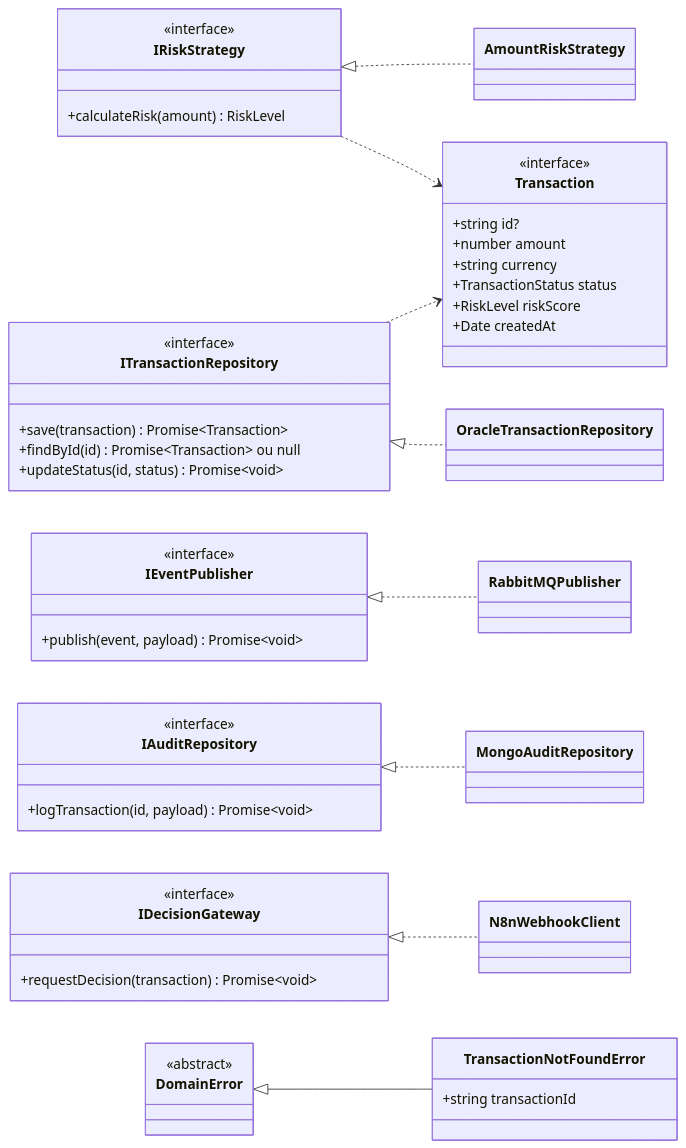
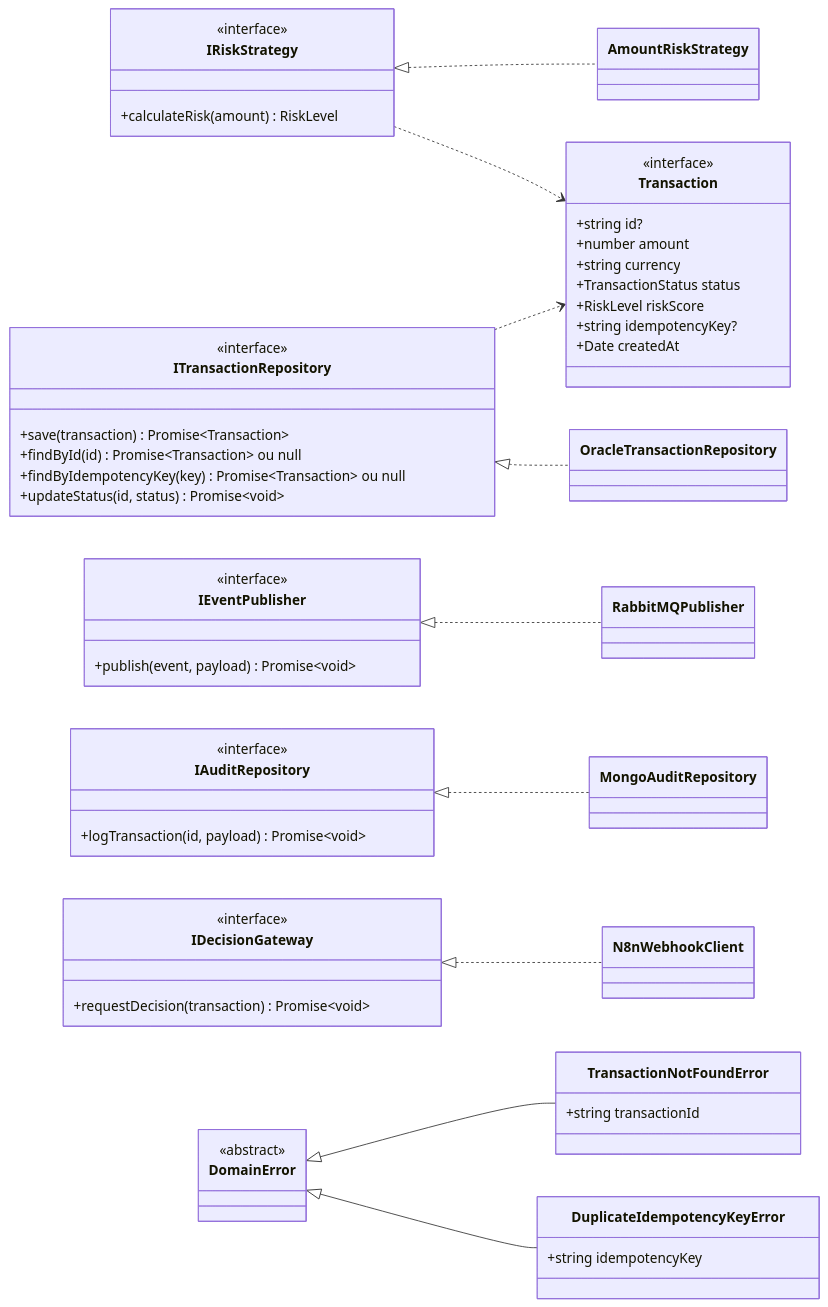
Before and after one commit to jvcamargoalmeida/poc-decision-backend: the third of 7 diagrams in ARCHITECTURE.md, drawn with Mermaid. The commit also changed other lines of this file and 4 other files, not shown here.

````diff
--- a/ARCHITECTURE.md
+++ b/ARCHITECTURE.md
@@ -76,60 +136,66 @@
 ```mermaid
 classDiagram
     direction LR
 
     class Transaction {
         <<interface>>
         +string id?
         +number amount
         +string currency
         +TransactionStatus status
         +RiskLevel riskScore
+        +string idempotencyKey?
         +Date createdAt
     }
 
     class IRiskStrategy {
         <<interface>>
         +calculateRisk(amount) RiskLevel
     }
     class ITransactionRepository {
         <<interface>>
         +save(transaction) Promise~Transaction~
         +findById(id) Promise~Transaction~ ou null
+        +findByIdempotencyKey(key) Promise~Transaction~ ou null
         +updateStatus(id, status) Promise~void~
     }
     class IEventPublisher {
         <<interface>>
         +publish(event, payload) Promise~void~
     }
     class IAuditRepository {
         <<interface>>
         +logTransaction(id, payload) Promise~void~
     }
     class IDecisionGateway {
         <<interface>>
         +requestDecision(transaction) Promise~void~
     }
 
     class AmountRiskStrategy
     class OracleTransactionRepository
     class RabbitMQPublisher
     class MongoAuditRepository
     class N8nWebhookClient
 
     class DomainError {
         <<abstract>>
     }
     class TransactionNotFoundError {
         +string transactionId
     }
+    class DuplicateIdempotencyKeyError {
+        +string idempotencyKey
+    }
 
     IRiskStrategy <|.. AmountRiskStrategy
     ITransactionRepository <|.. OracleTransactionRepository
     IEventPublisher <|.. RabbitMQPublisher
     IAuditRepository <|.. MongoAuditRepository
     IDecisionGateway <|.. N8nWebhookClient
     DomainError <|-- TransactionNotFoundError
+    DomainError <|-- DuplicateIdempotencyKeyError
 
     ITransactionRepository ..> Transaction
     IRiskStrategy ..> Transaction
 ```
````
